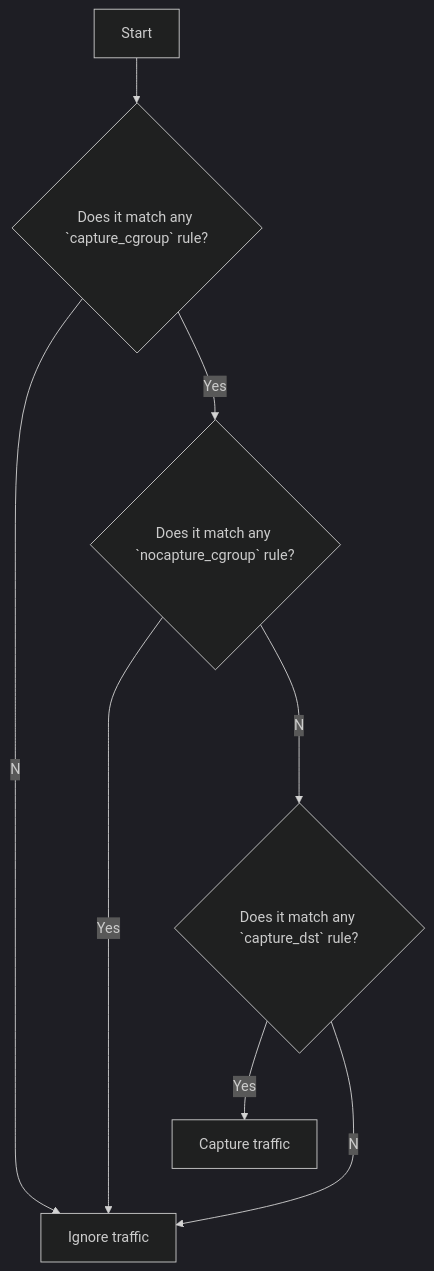
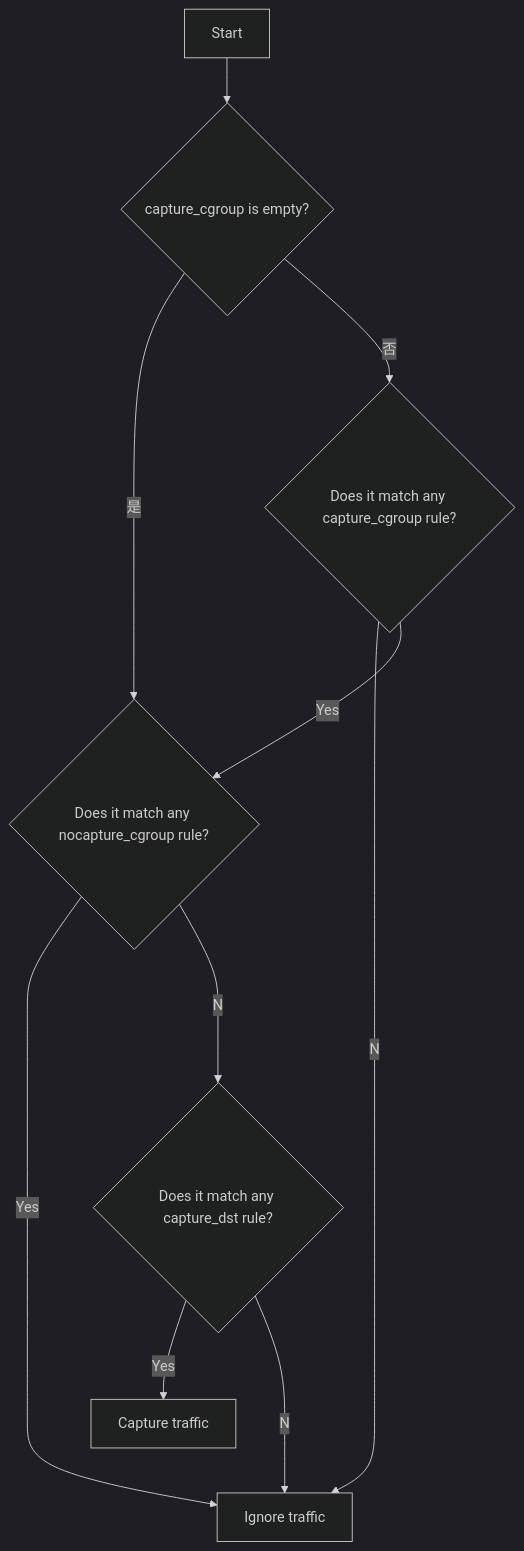
One commit to inclavare-containers/TNG changed the diagram in docs/configuration.md. Above: the diagram before and after it, drawn with Mermaid (dark theme). The commit also changed other lines of this file and 6 other files, not shown here.

Commit message:
ingress/netfilter: fix behavior when capture_cgroup is empty and add check for cgroup v2

````diff
--- a/docs/configuration.md
+++ b/docs/configuration.md
@@ -126,10 +129,12 @@
 ```mermaid
 flowchart TD
-    A[Start] --> B{Does it match any `capture_cgroup` rule?}
+    A[Start] --> G{capture_cgroup is empty?}
+    G --是--> D
+    G --否--> B{Does it match any capture_cgroup rule?}
     B --No--> C[Ignore traffic]
-    B --Yes--> D{Does it match any `nocapture_cgroup` rule?}
+    B --Yes--> D{Does it match any nocapture_cgroup rule?}
     D --Yes--> C
-    D --No--> E{Does it match any `capture_dst` rule?}
+    D --No--> E{Does it match any capture_dst rule?}
     E --Yes--> F[Capture traffic]
     E --No--> C
 ```
````
